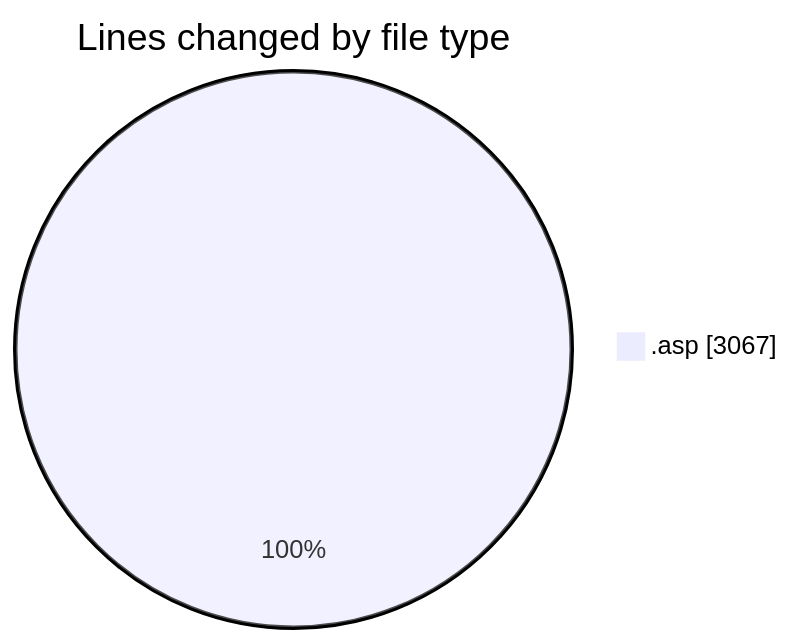
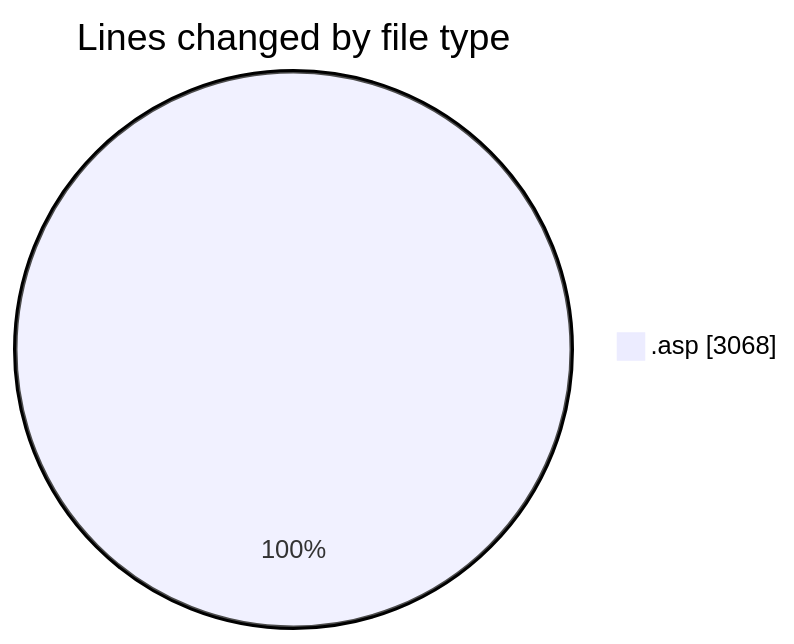
One commit to julien-gomy/code-tracking changed the first of 2 diagrams in 2025-11-27/cdp_aleoudev_fr__workspace_/README.md. Above: the diagram before and after it, drawn with Mermaid. The commit also changed other lines of this file and 1 other file, not shown here.

````diff
--- a/2025-11-27/cdp_aleoudev_fr__workspace_/README.md
+++ b/2025-11-27/cdp_aleoudev_fr__workspace_/README.md
@@ -20,5 +21,5 @@
 ```mermaid
 pie showData
 title Lines changed by file type
-".asp" : 3067
+".asp" : 3068
 ```
````
